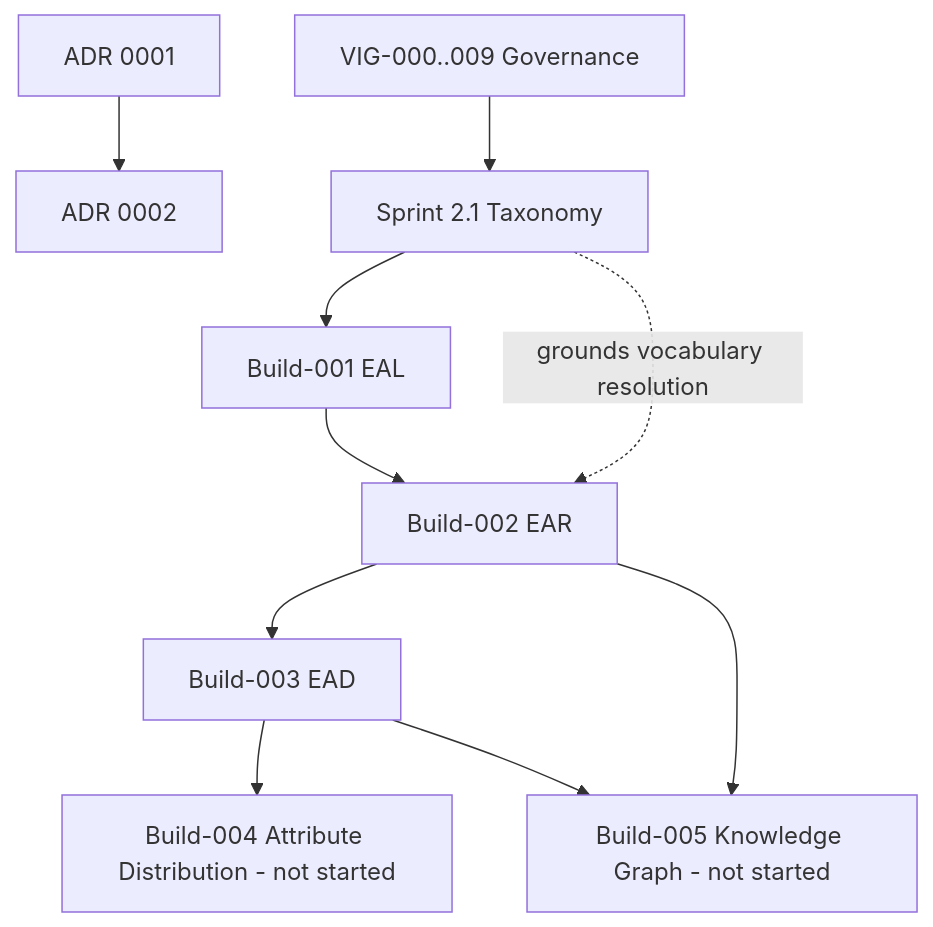
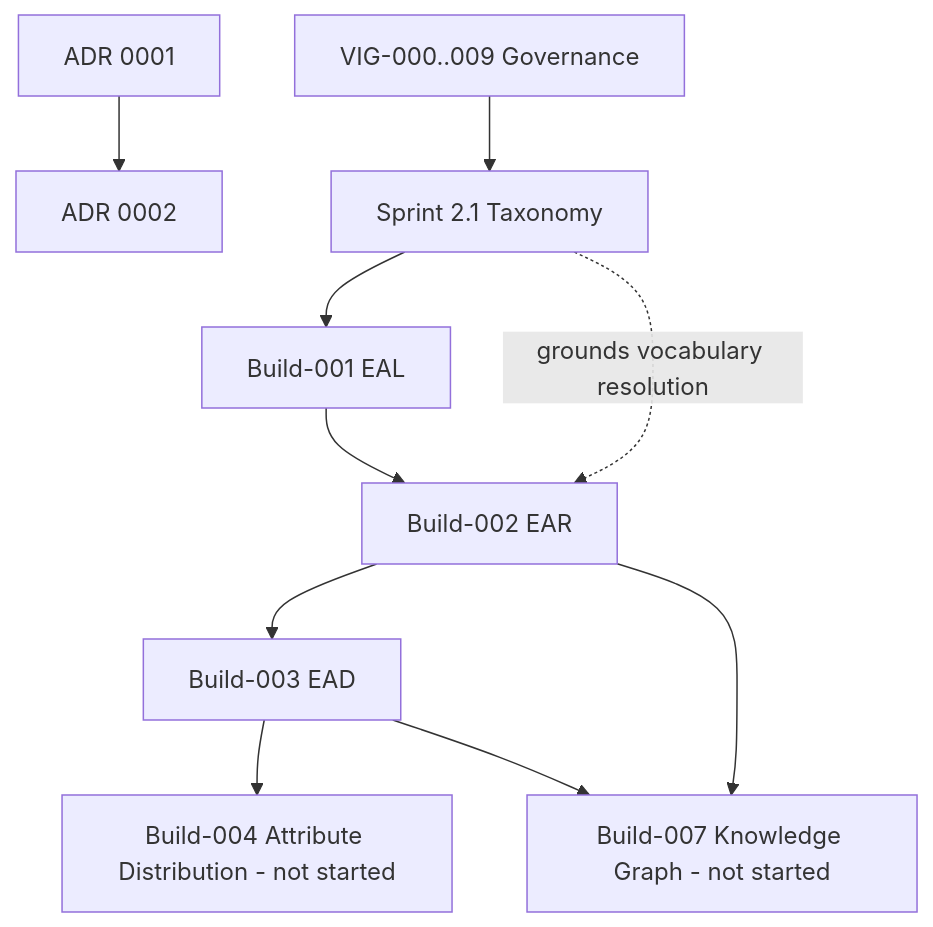
One commit to lexvoraconsulting-lab/The-Baking-Kaur changed the second of 2 diagrams in docs/00_Foundation/FOUNDATION_v1.md. Above: the diagram before and after it, drawn with Mermaid. The commit also changed other lines of this file and 3 other files, not shown here.

Commit message:
docs(roadmap): ADR-0007 resequence Build-005..007, insert Validation Engine

````diff
--- a/docs/00_Foundation/FOUNDATION_v1.md
+++ b/docs/00_Foundation/FOUNDATION_v1.md
@@ -201,12 +201,12 @@
 ```mermaid
 graph TD
     ADR0001[ADR 0001] --> ADR0002[ADR 0002]
     VIG[VIG-000..009 Governance] --> Sprint21[Sprint 2.1 Taxonomy]
     Sprint21 --> Build001[Build-001 EAL]
     Build001 --> Build002[Build-002 EAR]
     Build002 --> Build003[Build-003 EAD]
     Sprint21 -.grounds vocabulary resolution.-> Build002
     Build003 --> Build004[Build-004 Attribute Distribution - not started]
-    Build002 --> Build005[Build-005 Knowledge Graph - not started]
-    Build003 --> Build005
+    Build002 --> Build007[Build-007 Knowledge Graph - not started]
+    Build003 --> Build007
 ```
````
